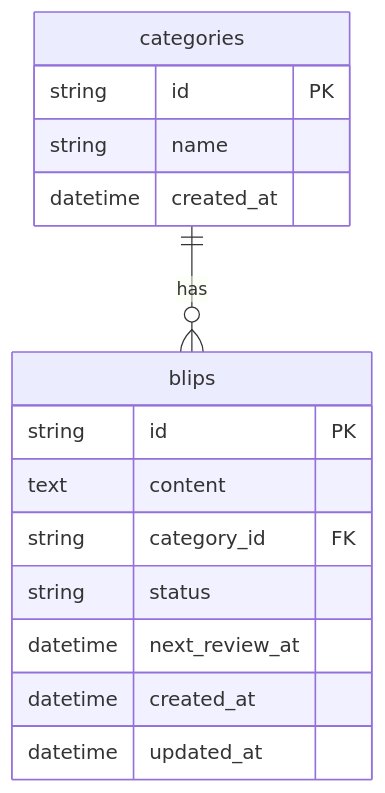
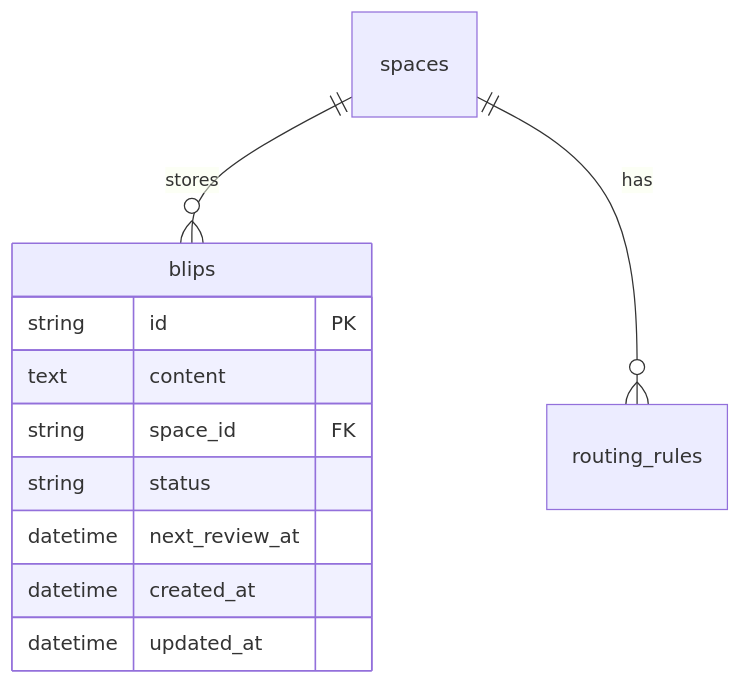
One commit to jermspeaks/blippy changed the diagram in docs/DATA_MODEL.md. Above: the diagram before and after it, drawn with Mermaid. The commit also changed other lines of this file and 37 other files, not shown here.

First line of the commit message:
Add domain routing rules and snoozed blip management

````diff
--- a/docs/DATA_MODEL.md
+++ b/docs/DATA_MODEL.md
@@ -50,18 +43,14 @@
 ```mermaid
 erDiagram
-  categories ||--o{ blips : has
-  categories {
-    string id PK
-    string name
-    datetime created_at
-  }
+  spaces ||--o{ blips : stores
+  spaces ||--o{ routing_rules : has
   blips {
     string id PK
     text content
-    string category_id FK
+    string space_id FK
     string status
     datetime next_review_at
     datetime created_at
     datetime updated_at
   }
 ```
````
